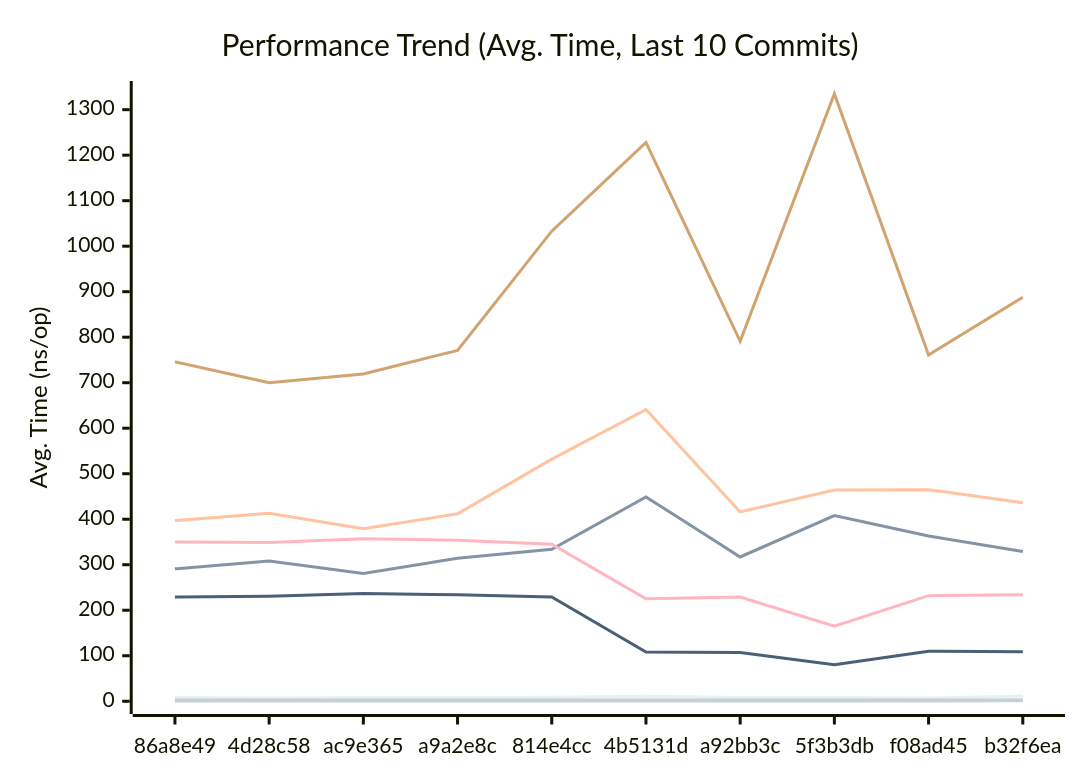
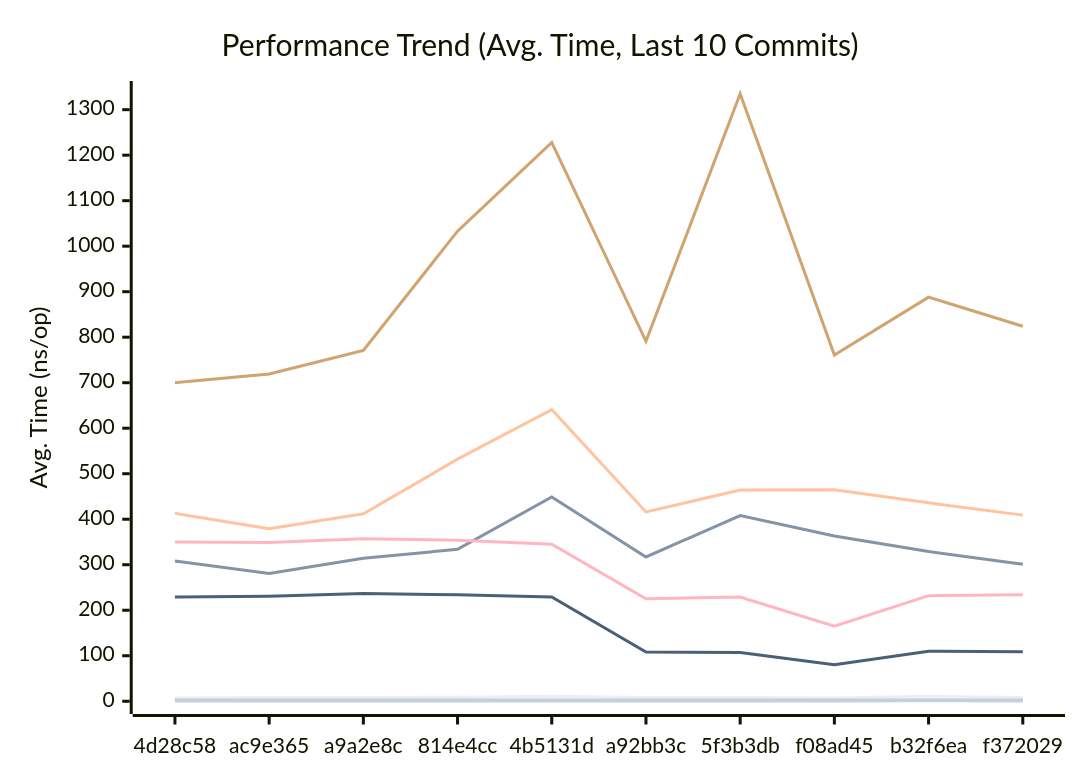
Before and after one commit to alsotoes/momo: the first of 3 diagrams in docs/PERFORMANCE.md, drawn with Mermaid. The commit also changed other lines of this file and 2 other files, not shown here.

````diff
--- a/docs/PERFORMANCE.md
+++ b/docs/PERFORMANCE.md
@@ -80,16 +80,16 @@
 ```mermaid
 xychart-beta
     title "Performance Trend (Avg. Time, Last 10 Commits)"
     x-axis "Commit"
     y-axis "Avg. Time (ns/op)"
-    x-axis [86a8e49,4d28c58,ac9e365,a9a2e8c,814e4cc,4b5131d,a92bb3c,5f3b3db,f08ad45,b32f6ea]
-    line "CheckMetricsAndSwap" [8,7,8,8,9,11,8,8,7,11]
-    line "CrushOptimized" [291,308,281,314,334,449,317,408,363,329]
-    line "CrushOriginal" [397,413,379,412,532,641,416,464,465,436]
-    line "IndexDirectTracking" [0,0,0,0,0,0,0,0,0,1]
+    x-axis [4d28c58,ac9e365,a9a2e8c,814e4cc,4b5131d,a92bb3c,5f3b3db,f08ad45,b32f6ea,f372029]
+    line "CheckMetricsAndSwap" [7,8,8,9,11,8,8,7,11,8]
+    line "CrushOptimized" [308,281,314,334,449,317,408,363,329,301]
+    line "CrushOriginal" [413,379,412,532,641,416,464,465,436,409]
+    line "IndexDirectTracking" [0,0,0,0,0,0,0,0,1,0]
     line "IndexSearch" [3,3,3,3,3,3,3,3,3,3]
-    line "LoadGlobalConfig" [746,700,719,771,1033,1228,791,1335,761,888]
+    line "LoadGlobalConfig" [700,719,771,1033,1228,791,1335,761,888,824]
     line "PadString" [2,2,2,2,2,2,2,2,2,2]
     line "ParseReplicationOrder_NoPrealloc" [350,349,357,354,345,225,229,165,232,234]
     line "ParseReplicationOrder_Prealloc" [229,231,237,234,229,108,107,80,110,109]
 ```
````
